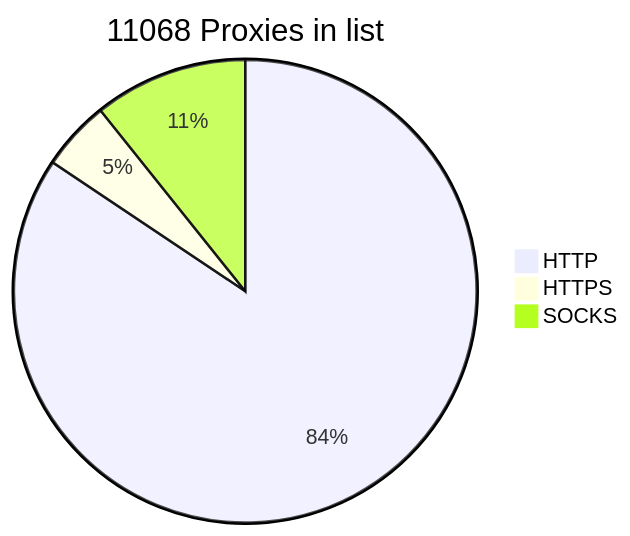
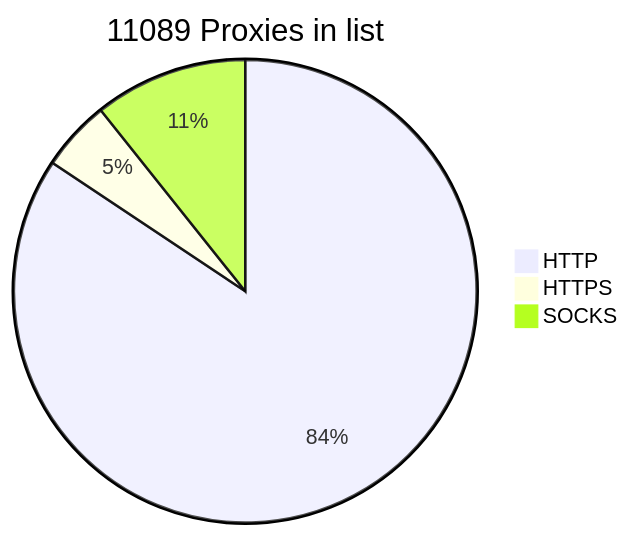
The diagram in README.md (BlackSnowDot/proxylist-update-every-minute), drawn with Mermaid before and after one commit. The commit also changed other lines of this file, not shown here.

````diff
--- a/README.md
+++ b/README.md
@@ -2,6 +2,6 @@
 ```mermaid
-pie title 11068 Proxies in list
-    "HTTP" : 9340
-    "HTTPS": 539
+pie title 11089 Proxies in list
+    "HTTP" : 9354
+    "HTTPS": 546
     "SOCKS" : 1189
 ```
````
